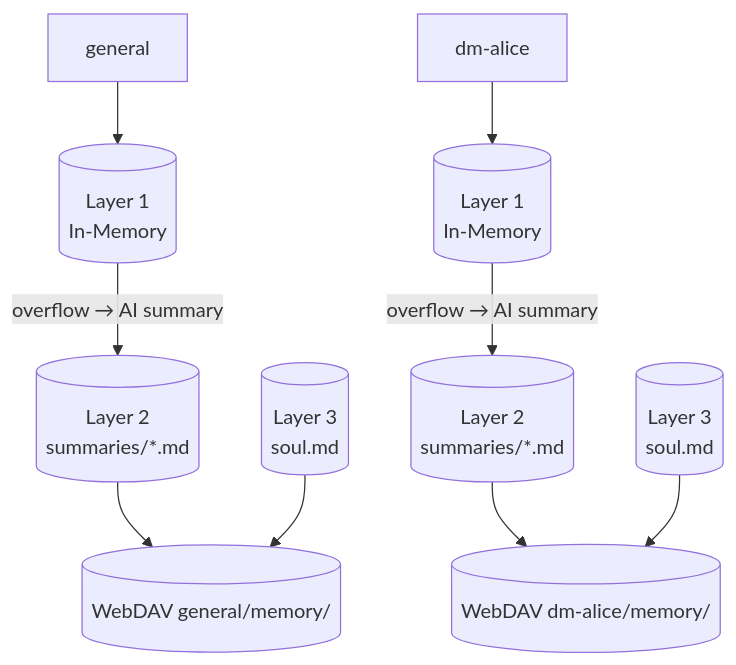
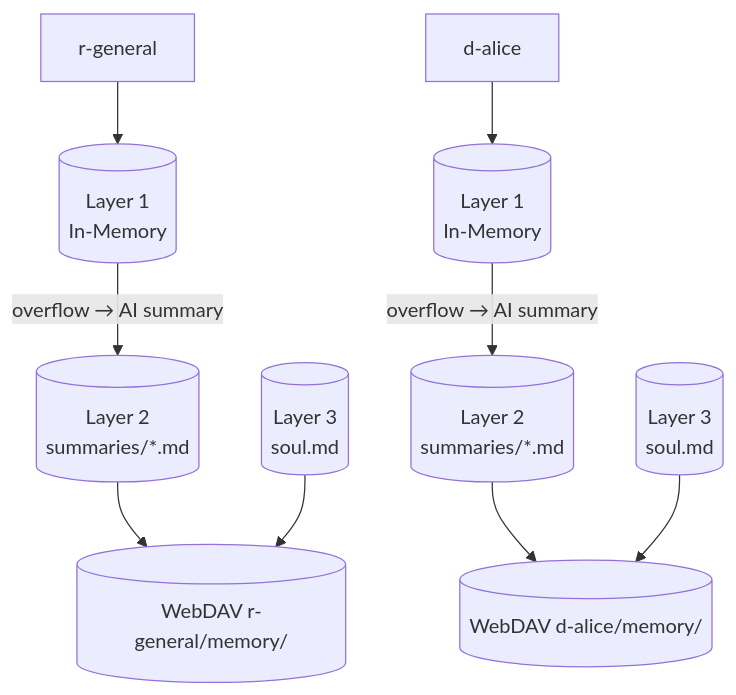
Before and after one commit to cosmoswafer/rockbot: the sixth of 6 diagrams in _dfds/base/memory.md, drawn with Mermaid. The commit also changed other lines of this file and 4 other files, not shown here.

````diff
--- a/_dfds/base/memory.md
+++ b/_dfds/base/memory.md
@@ -182,22 +182,22 @@
 ```mermaid
 flowchart TD
-    ROOM_A[general]
-    ROOM_B[dm-alice]
-    DAV_A[(WebDAV general/memory/)]
-    DAV_B[(WebDAV dm-alice/memory/)]
+    ROOM_A["r-general"]
+    ROOM_B["d-alice"]
+    DAV_A[(WebDAV r-general/memory/)]
+    DAV_B[(WebDAV d-alice/memory/)]
     L1_A[(Layer 1<br/>In-Memory)]
     L1_B[(Layer 1<br/>In-Memory)]
     L2_A[(Layer 2<br/>summaries/*.md)]
     L2_B[(Layer 2<br/>summaries/*.md)]
     L3_A[(Layer 3<br/>soul.md)]
     L3_B[(Layer 3<br/>soul.md)]
 
     ROOM_A --> L1_A
     ROOM_B --> L1_B
     L1_A -->|"overflow → AI summary"| L2_A
     L1_B -->|"overflow → AI summary"| L2_B
     L2_A --> DAV_A
     L2_B --> DAV_B
     L3_A --> DAV_A
     L3_B --> DAV_B
 ```
````
